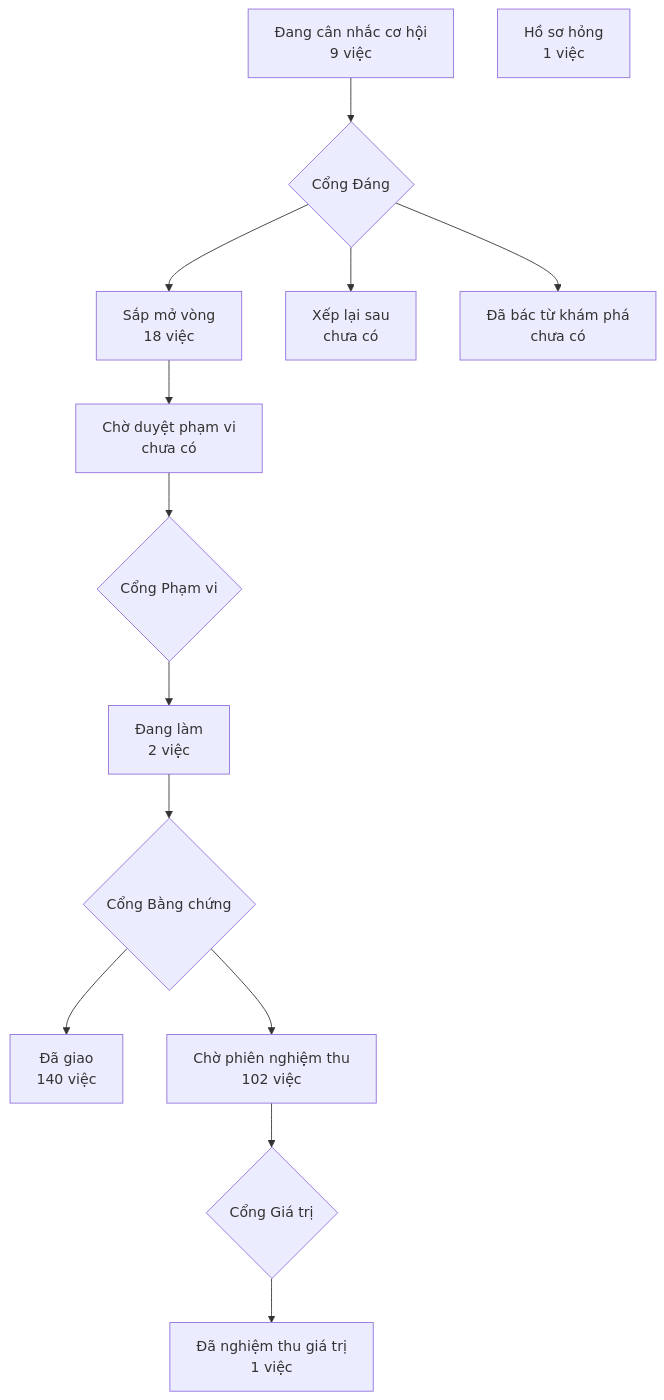
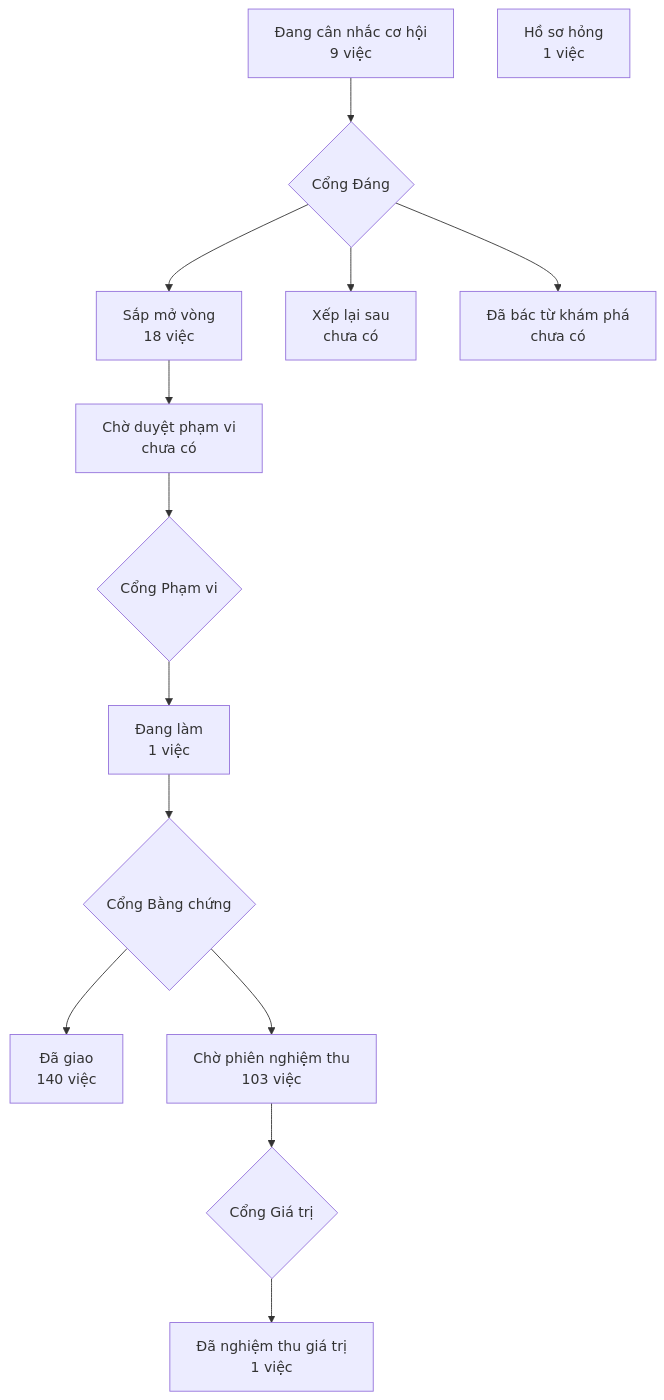
The diagram in PRODUCT-MAP.md (phanlemanh/crm-onehub), drawn with Mermaid before and after one commit. The commit also changed 4 other files, not shown here.

````diff
--- a/PRODUCT-MAP.md
+++ b/PRODUCT-MAP.md
@@ -7,13 +7,13 @@
 ```mermaid
 flowchart TD
   A["Đang cân nhắc cơ hội<br/>9 việc"] --> GD{"Cổng Đáng"}
   GD --> B["Sắp mở vòng<br/>18 việc"]
   GD --> XL["Xếp lại sau<br/>chưa có"]
   GD --> DB["Đã bác từ khám phá<br/>chưa có"]
   B --> CD["Chờ duyệt phạm vi<br/>chưa có"] --> GP{"Cổng Phạm vi"}
-  GP --> DL["Đang làm<br/>2 việc"] --> GB{"Cổng Bằng chứng"}
+  GP --> DL["Đang làm<br/>1 việc"] --> GB{"Cổng Bằng chứng"}
   GB --> DG["Đã giao<br/>140 việc"]
-  GB --> CN["Chờ phiên nghiệm thu<br/>102 việc"] --> GG{"Cổng Giá trị"}
+  GB --> CN["Chờ phiên nghiệm thu<br/>103 việc"] --> GG{"Cổng Giá trị"}
   GG --> NT["Đã nghiệm thu giá trị<br/>1 việc"]
   HS["Hồ sơ hỏng<br/>1 việc"]
 ```
````
